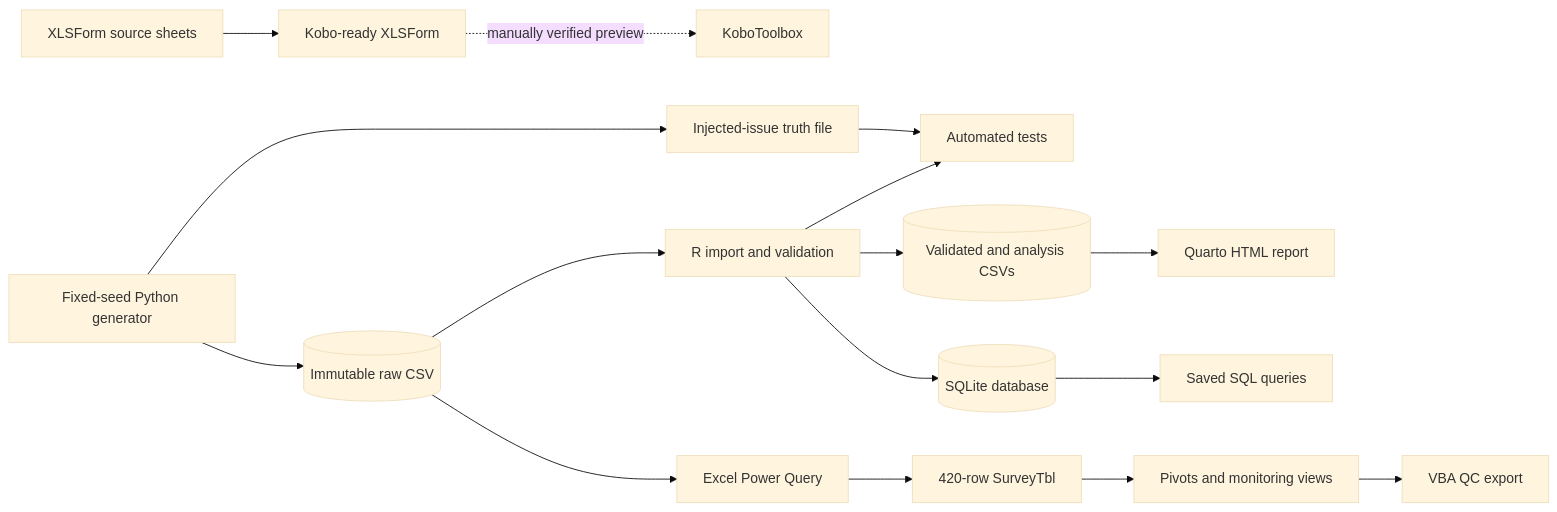
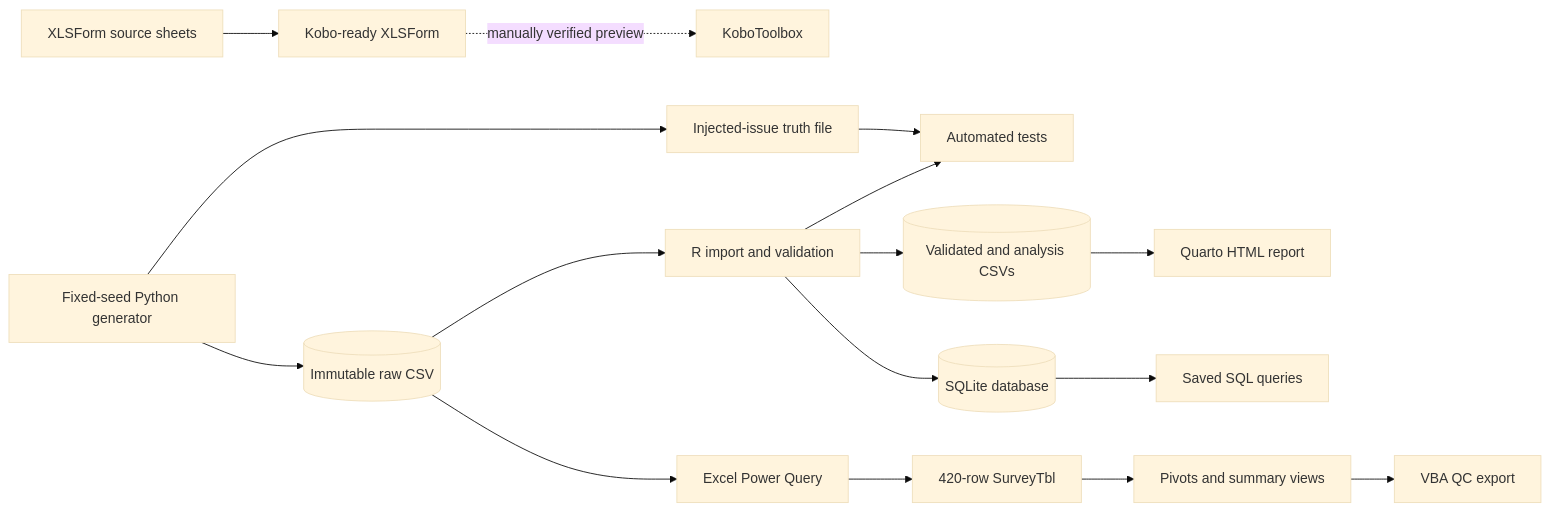
One commit to MadniAbdulWahab/impact-survey-data-quality-toolkit changed the diagram in README.md. Above: the diagram before and after it, drawn with Mermaid (base theme). The commit also changed other lines of this file, not shown here.

````diff
--- a/README.md
+++ b/README.md
@@ -58,21 +60,21 @@
 ```mermaid
 flowchart LR
     A[XLSForm source sheets] --> B[Kobo-ready XLSForm]
     B -. manually verified preview .-> C[KoboToolbox]
 
     D[Fixed-seed Python generator] --> E[(Immutable raw CSV)]
     D --> F[Injected-issue truth file]
 
     E --> G[R import and validation]
     F --> H[Automated tests]
     G --> H
     G --> I[(Validated and analysis CSVs)]
     G --> J[(SQLite database)]
     I --> K[Quarto HTML report]
     J --> L[Saved SQL queries]
 
     E --> M[Excel Power Query]
     M --> N[420-row SurveyTbl]
-    N --> O[Pivots and monitoring views]
+    N --> O[Pivots and summary views]
     O --> P[VBA QC export]
 ```
````
